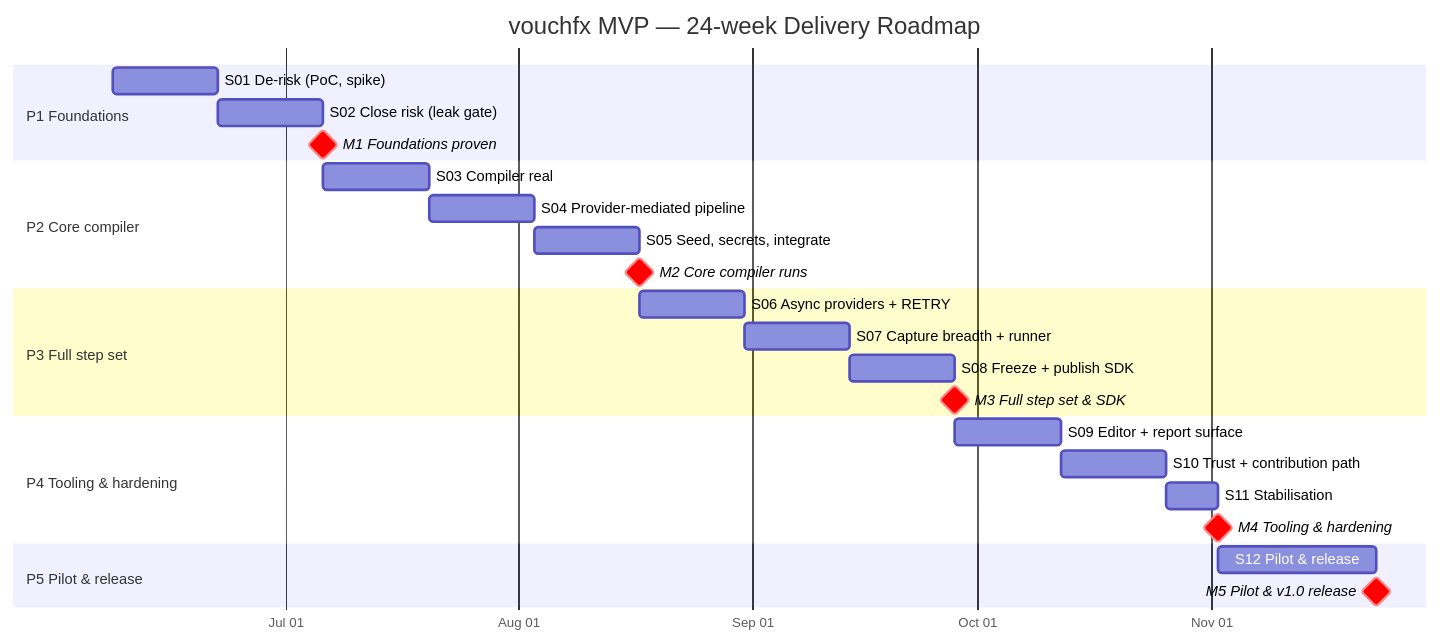
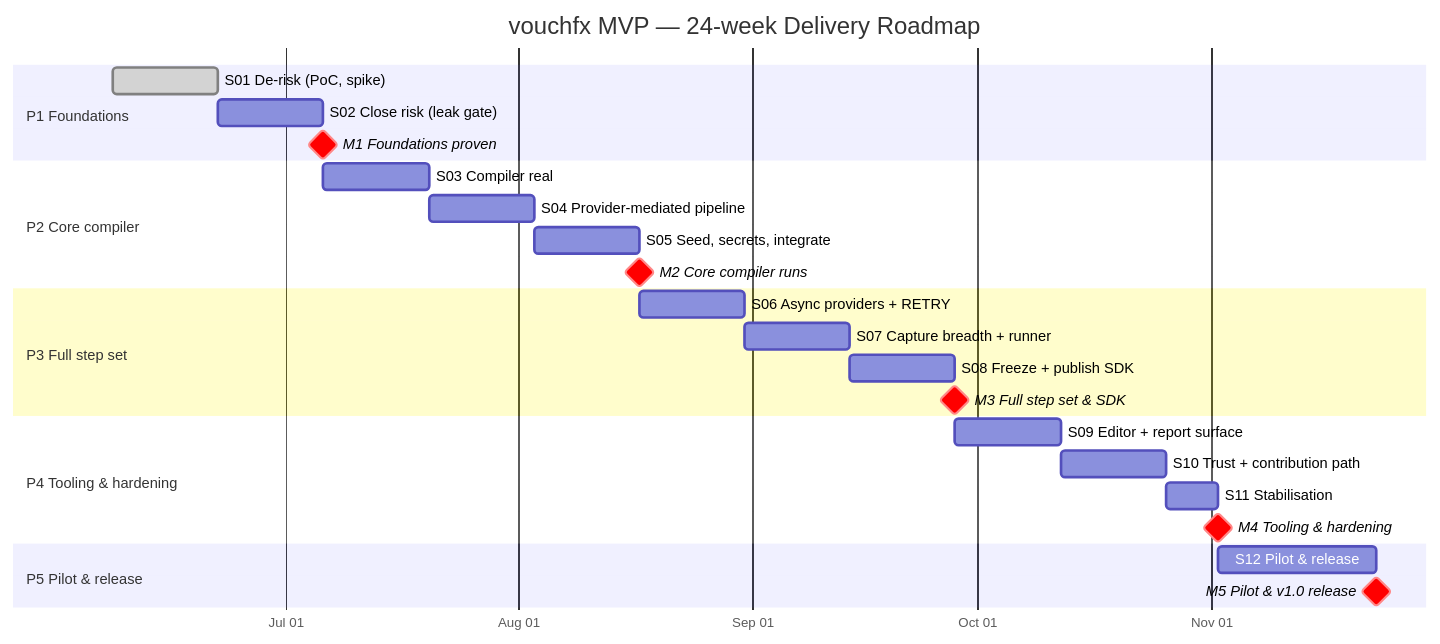
The diagram in plan/roadmap.md (tomas-rampas/vouchfx), drawn with Mermaid before and after one commit. The commit also changed other lines of this file and 1 other file, not shown here.

First line of the commit message:
docs(plan): mark Sprint 1 delivered (pending merge) in roadmap + sprint note

````diff
--- a/plan/roadmap.md
+++ b/plan/roadmap.md
@@ -11,34 +15,34 @@
 ```mermaid
 gantt
     title vouchfx MVP — 24-week Delivery Roadmap
     dateFormat YYYY-MM-DD
     axisFormat %b %d
     todayMarker off
 
     section P1 Foundations
-    S01 De-risk (PoC, spike)        :s01, 2026-06-08, 14d
+    S01 De-risk (PoC, spike)        :done, s01, 2026-06-08, 14d
     S02 Close risk (leak gate)      :s02, after s01, 14d
     M1 Foundations proven           :milestone, crit, m1, after s02, 0d
 
     section P2 Core compiler
     S03 Compiler real               :s03, after s02, 14d
     S04 Provider-mediated pipeline  :s04, after s03, 14d
     S05 Seed, secrets, integrate    :s05, after s04, 14d
     M2 Core compiler runs           :milestone, crit, m2, after s05, 0d
 
     section P3 Full step set
     S06 Async providers + RETRY     :s06, after s05, 14d
     S07 Capture breadth + runner    :s07, after s06, 14d
     S08 Freeze + publish SDK        :s08, after s07, 14d
     M3 Full step set & SDK          :milestone, crit, m3, after s08, 0d
 
     section P4 Tooling & hardening
     S09 Editor + report surface     :s09, after s08, 14d
     S10 Trust + contribution path   :s10, after s09, 14d
     S11 Stabilisation               :s11, after s10, 7d
     M4 Tooling & hardening          :milestone, crit, m4, after s11, 0d
 
     section P5 Pilot & release
     S12 Pilot & release             :s12, after s11, 21d
     M5 Pilot & v1.0 release         :milestone, crit, m5, after s12, 0d
 ```
````
